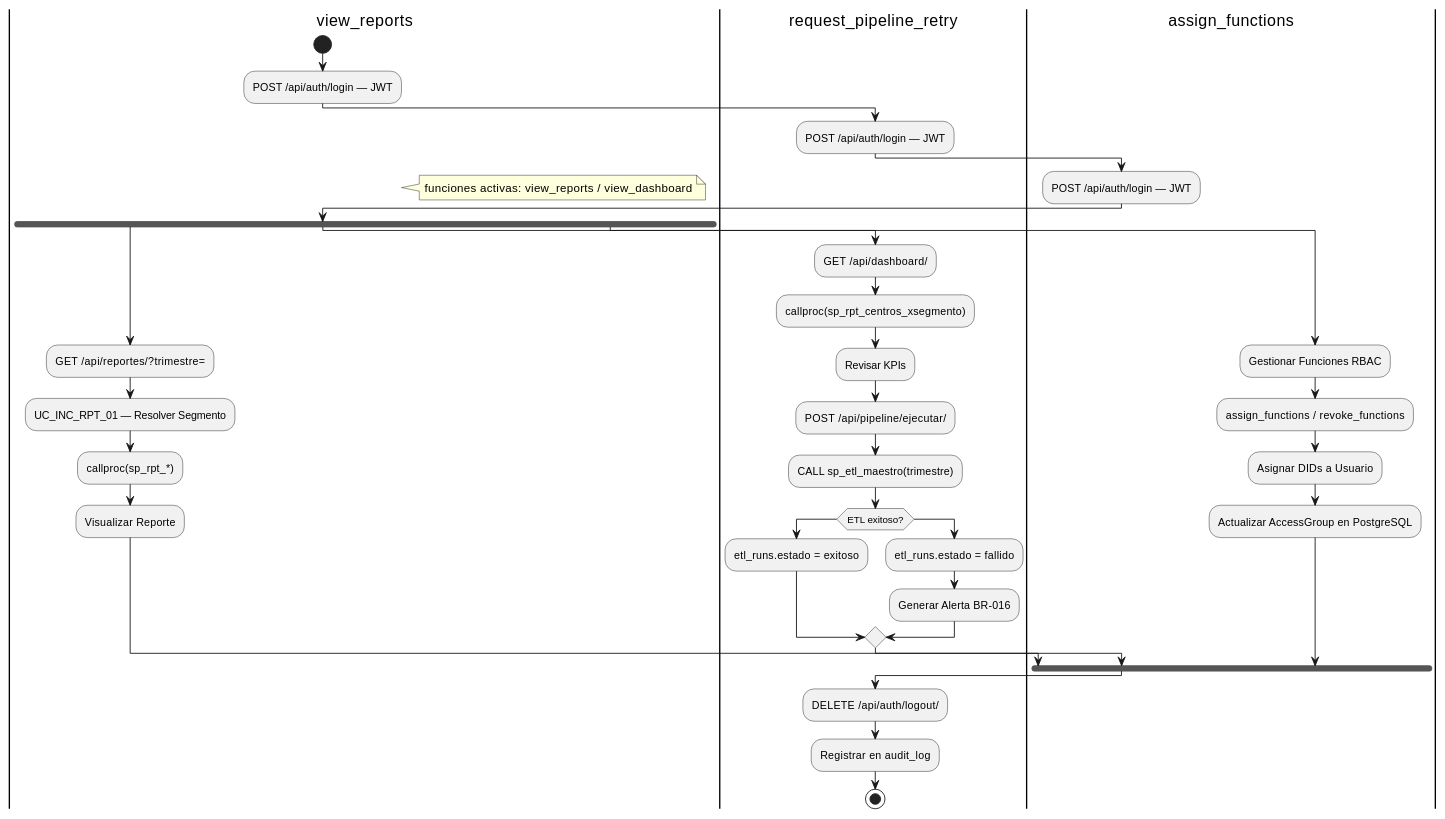
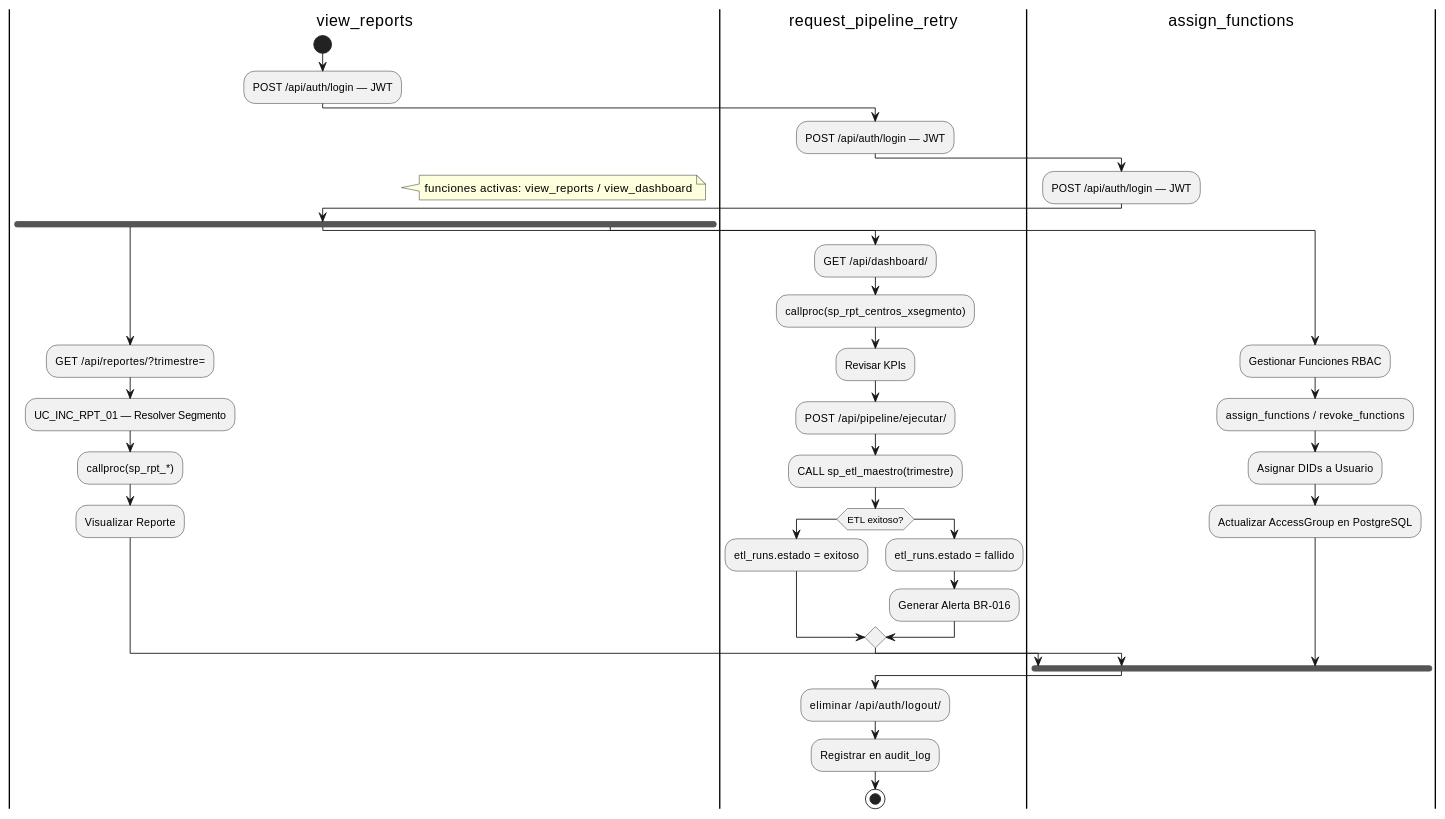
The diagram in source/arquitectura-tecnica/UMLSystemView/actividad-flujo-principal.rst (jcg-admin/IACT-docs), drawn with PlantUML before and after one commit. The commit also changed 48 other files, not shown here.

```diff
--- a/source/arquitectura-tecnica/UMLSystemView/actividad-flujo-principal.rst
+++ b/source/arquitectura-tecnica/UMLSystemView/actividad-flujo-principal.rst
@@ -27,63 +27,63 @@
 .. uml::
  :caption: Figura 6 — Diagrama de actividad (flujo principal por grupo RBAC)
 
  @startuml
 
  |view_reports|
  start
 
  |request_pipeline_retry|
 
  |assign_functions|
 
  |view_reports|
  :POST /api/auth/login — JWT;
 
  |request_pipeline_retry|
  :POST /api/auth/login — JWT;
 
  |assign_functions|
  :POST /api/auth/login — JWT;
 
  |view_reports|
  note right: funciones activas: view_reports / view_dashboard
 
  fork
 
    |view_reports|
    :GET /api/reportes/?trimestre=;
    :UC_INC_RPT_01 — Resolver Segmento;
    :callproc(sp_rpt_*);
    :Visualizar Reporte;
 
  fork again
 
    |request_pipeline_retry|
    :GET /api/dashboard/;
    :callproc(sp_rpt_centros_xsegmento);
    :Revisar KPIs;
    :POST /api/pipeline/ejecutar/;
    :CALL sp_etl_maestro(trimestre);
    if (ETL exitoso?) then
      :etl_runs.estado = exitoso;
    else
      :etl_runs.estado = fallido;
      :Generar Alerta BR-016;
    endif
 
  fork again
 
    |assign_functions|
    :Gestionar Funciones RBAC;
    :assign_functions / revoke_functions;
    :Asignar DIDs a Usuario;
    :Actualizar AccessGroup en PostgreSQL;
 
  end fork
 
  |request_pipeline_retry|
- :DELETE /api/auth/logout/;
+ :eliminar /api/auth/logout/;
  :Registrar en audit_log;
  stop
 
  @enduml
```
